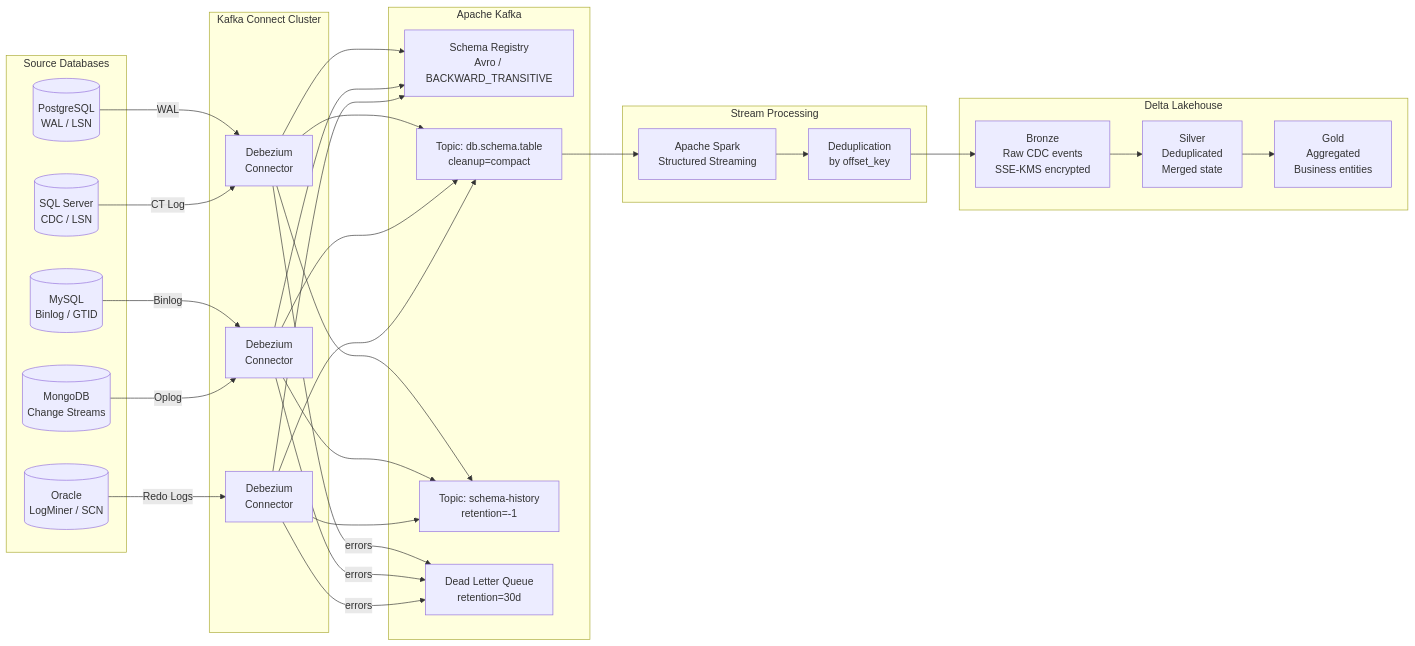
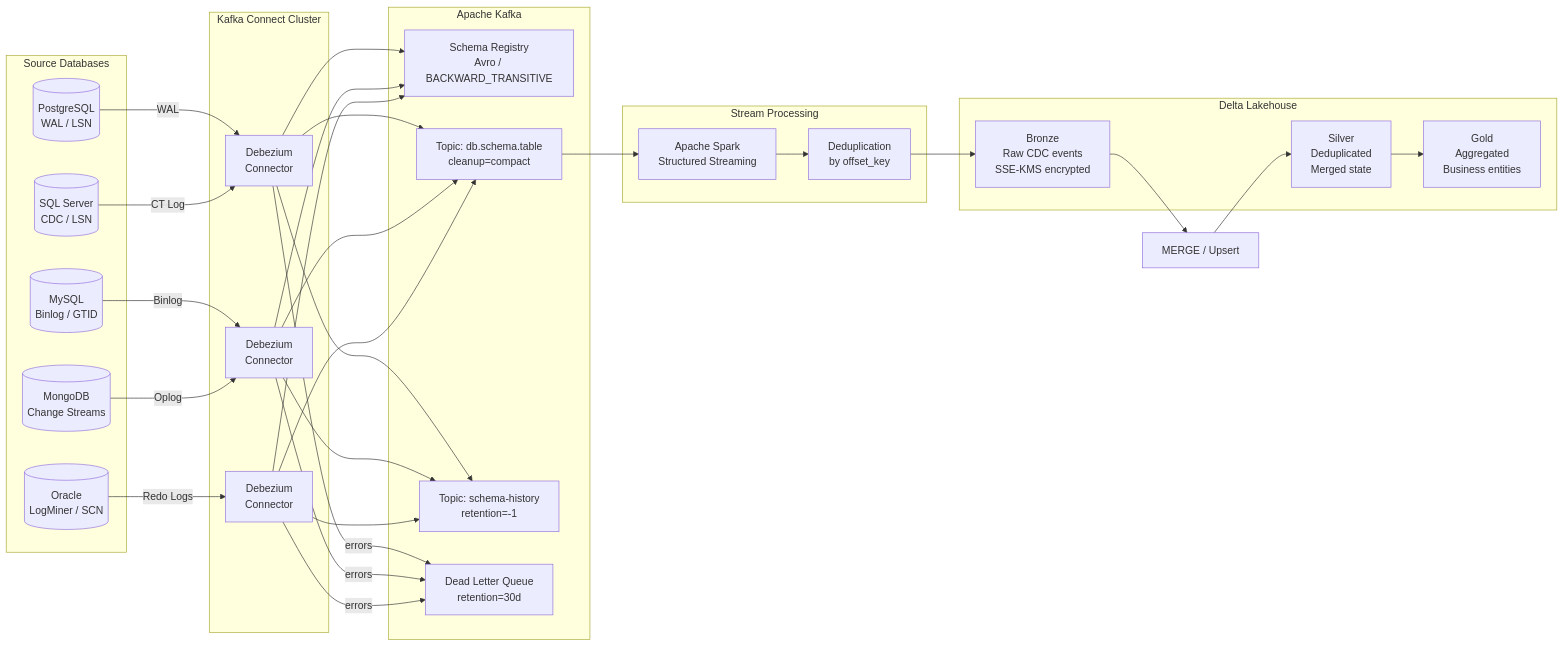
Before and after one commit to ciecolopes01/cdc_streaming_edition: the diagram in README.md, drawn with Mermaid. The commit also changed other lines of this file and 8 other files, not shown here.

````diff
--- a/README.md
+++ b/README.md
@@ -33,49 +33,51 @@
 ```mermaid
 flowchart LR
     subgraph Sources["Source Databases"]
         PG[(PostgreSQL\nWAL / LSN)]
         MY[(MySQL\nBinlog / GTID)]
         SS[(SQL Server\nCDC / LSN)]
         MG[(MongoDB\nChange Streams)]
         OR[(Oracle\nLogMiner / SCN)]
     end
 
     subgraph Connect["Kafka Connect Cluster"]
         D1[Debezium\nConnector]
         D2[Debezium\nConnector]
         D3[Debezium\nConnector]
     end
 
     subgraph Kafka["Apache Kafka"]
         SR[Schema Registry\nAvro / BACKWARD_TRANSITIVE]
         T1[Topic: db.schema.table\ncleanup=compact]
         T2[Topic: schema-history\nretention=-1]
         DLQ[Dead Letter Queue\nretention=30d]
     end
 
     subgraph Processing["Stream Processing"]
         SP[Apache Spark\nStructured Streaming]
         DD[Deduplication\nby offset_key]
     end
 
     subgraph Lakehouse["Delta Lakehouse"]
         BZ[Bronze\nRaw CDC events\nSSE-KMS encrypted]
         SV[Silver\nDeduplicated\nMerged state]
         GD[Gold\nAggregated\nBusiness entities]
     end
 
     PG -->|WAL| D1
     MY -->|Binlog| D2
     OR -->|Redo Logs| D3
     SS -->|CT Log| D1
     MG -->|Oplog| D2
 
     D1 & D2 & D3 --> SR
     D1 & D2 & D3 --> T1
     D1 & D2 & D3 --> T2
     D1 & D2 & D3 -->|errors| DLQ
 
     T1 --> SP
     SP --> DD
-    DD --> BZ --> SV --> GD
+    DD --> BZ
+    BZ --> MRG[MERGE / Upsert]
+    MRG --> SV --> GD
 ```
````
